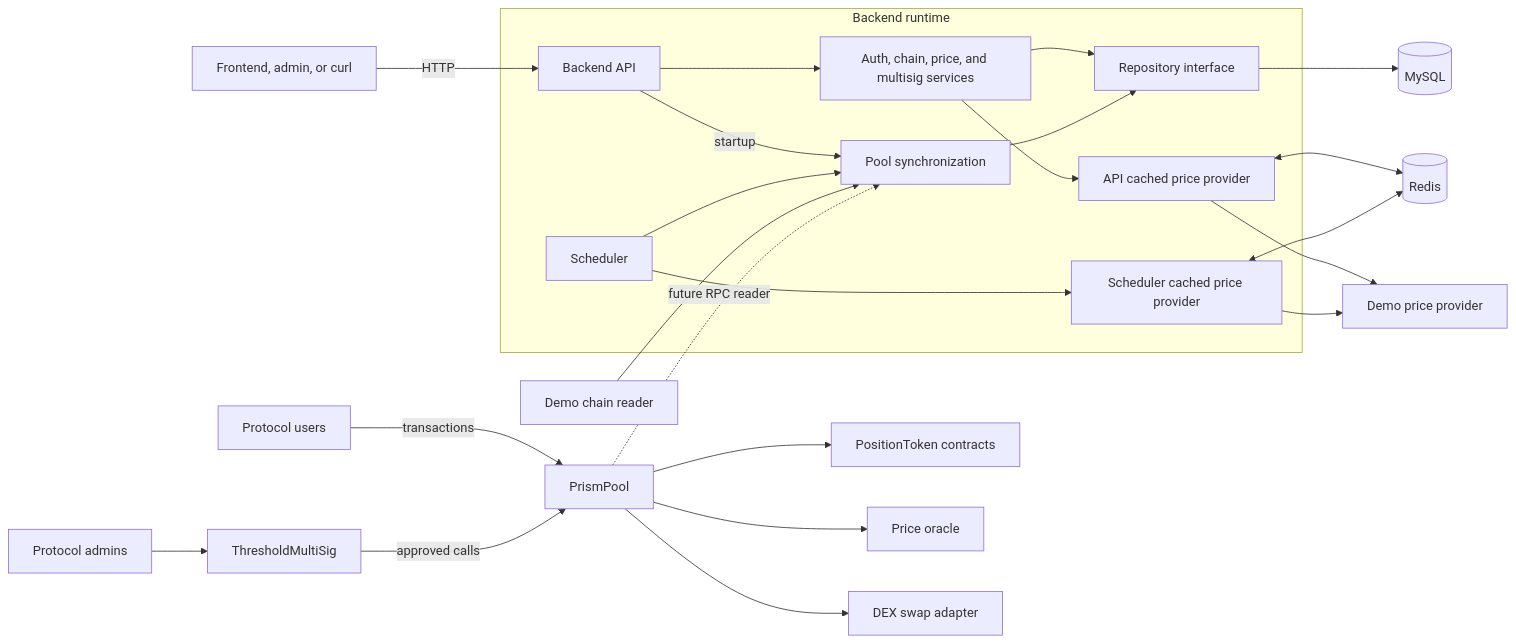
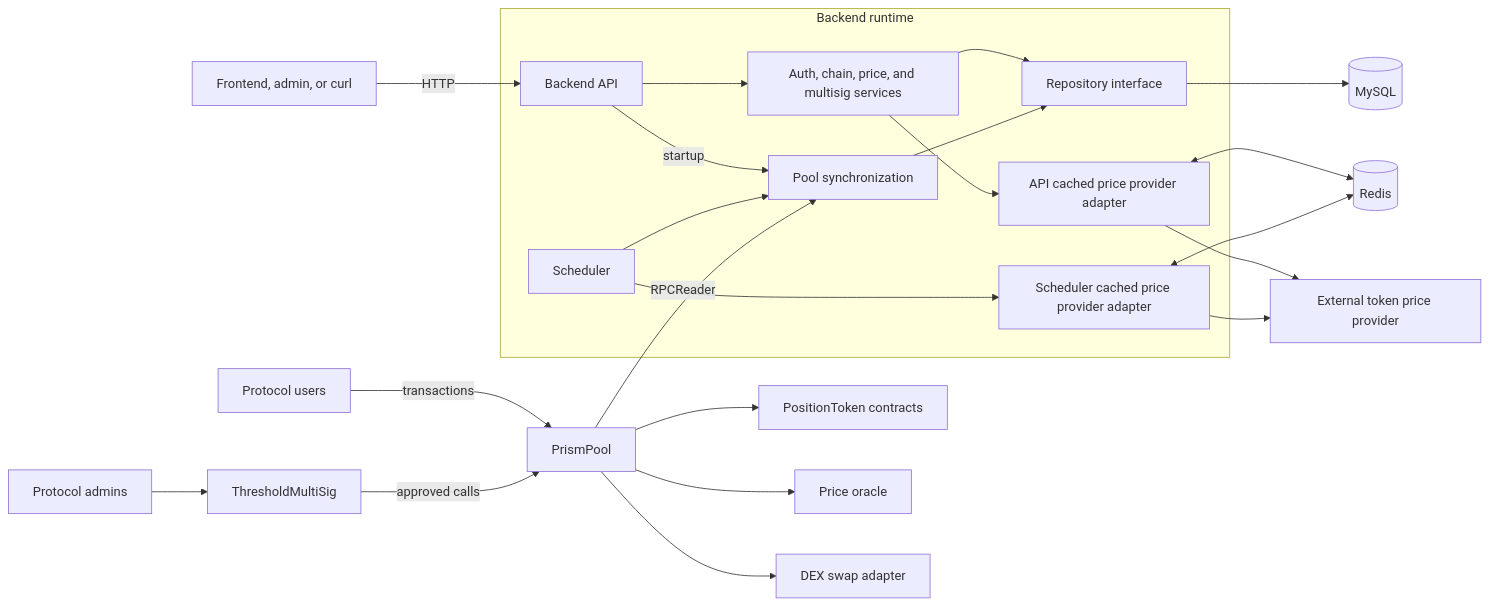
One commit to lancechuangdev/prism changed the first of 2 diagrams in README.md. Above: the diagram before and after it, drawn with Mermaid. The commit also changed other lines of this file and 6 other files, not shown here.

Commit message:
use rpc reader and update docker compose

````diff
--- a/README.md
+++ b/README.md
@@ -27,30 +23,28 @@
 ```mermaid
 flowchart LR
   Users[Protocol users] -->|transactions| Pool[PrismPool]
   Admins[Protocol admins] --> MultiSig[ThresholdMultiSig]
   MultiSig -->|approved calls| Pool
   Pool --> Positions[PositionToken contracts]
   Pool --> Oracle[Price oracle]
   Pool --> DEX[DEX swap adapter]
 
   Client[Frontend, admin, or curl] -->|HTTP| API[Backend API]
 
   subgraph Backend[Backend runtime]
     API --> Services[Auth, chain, price, and multisig services]
     API -->|startup| Sync[Pool synchronization]
     Scheduler[Scheduler] --> Sync
     Services --> Repository[Repository interface]
     Sync --> Repository
-    Services --> APICachedPrice[API cached price provider]
-    Scheduler --> SchedulerCachedPrice[Scheduler cached price provider]
+    Services --> APICachedPrice[API cached price provider adapter]
+    Scheduler --> SchedulerCachedPrice[Scheduler cached price provider adapter]
   end
 
   Repository --> MySQL[(MySQL)]
   APICachedPrice <--> Redis[(Redis)]
   SchedulerCachedPrice <--> Redis
-  APICachedPrice --> DemoPrice[Demo price provider]
+  APICachedPrice --> DemoPrice[External token price provider]
   SchedulerCachedPrice --> DemoPrice
-  DemoReader[Demo chain reader] --> Sync
-
-  Pool -.->|future RPC reader| Sync
+  Pool -->|RPCReader| Sync
 ```
````
